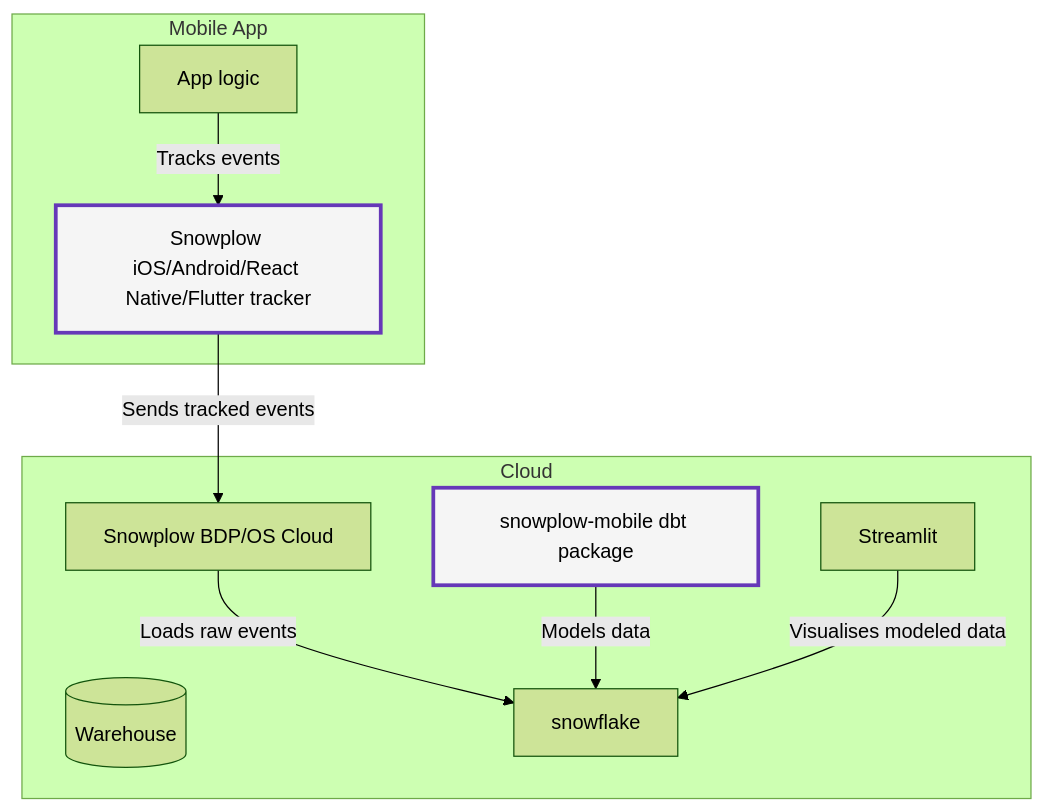
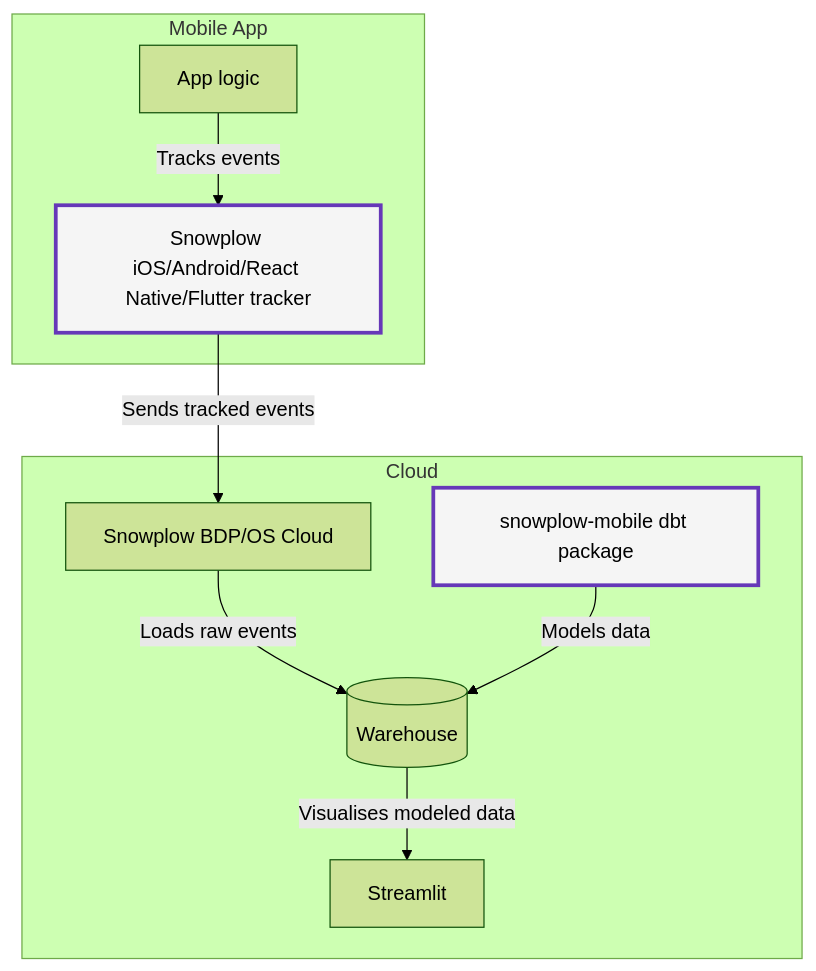
The first of 2 diagrams in content/_index.md (snowplow/advanced-analytics-mobile-accelerator), drawn with Mermaid (forest theme) before and after one commit. The commit also changed other lines of this file and 1 other file, not shown here.

Commit message:
Pr changes

```diff
--- a/content/_index.md
+++ b/content/_index.md
@@ -36,30 +36,30 @@
 {{<mermaid>}}
 flowchart TB
 
 subgraph mobileApp[Mobile App]
     appCode[App logic]
     tracker[Snowplow iOS/Android/React Native/Flutter tracker]
 
     appCode -- "Tracks events" --> tracker
 
     style tracker fill:#f5f5f5,stroke:#6638B8,stroke-width:3px
     click tracker "https://docs.snowplow.io/docs/collecting-data/collecting-from-own-applications/mobile-trackers/installation-and-set-up/" "Open tracker docs" _blank
 end
 
 subgraph cloud[Cloud]
     snowplow[Snowplow BDP/OS Cloud]
     warehouse[(Warehouse)]
     dbt[snowplow-mobile dbt package]
     streamlit[Streamlit]
 
-    snowplow -- "Loads raw events" --> snowflake
-    dbt -- "Models data" --> snowflake
-    streamlit -- "Visualises modeled data" --> snowflake
+    snowplow -- "Loads raw events" --> warehouse
+    dbt -- "Models data" --> warehouse
+    warehouse -- "Visualises modeled data" --> streamlit
 
     style dbt fill:#f5f5f5,stroke:#6638B8,stroke-width:3px
     click dbt "https://docs.snowplowanalytics.com/docs/modeling-your-data/the-snowplow-mobile-data-model/dbt-mobile-data-model/" "Open dbt package" _blank
     click snowplow "https://snowplow.io/snowplow-bdp/" "Snowplow BDP" _blank
 end
 
 tracker -- "Sends tracked events" --> snowplow
 {{</mermaid>}}
```
